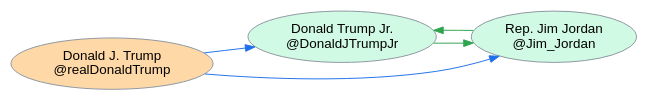
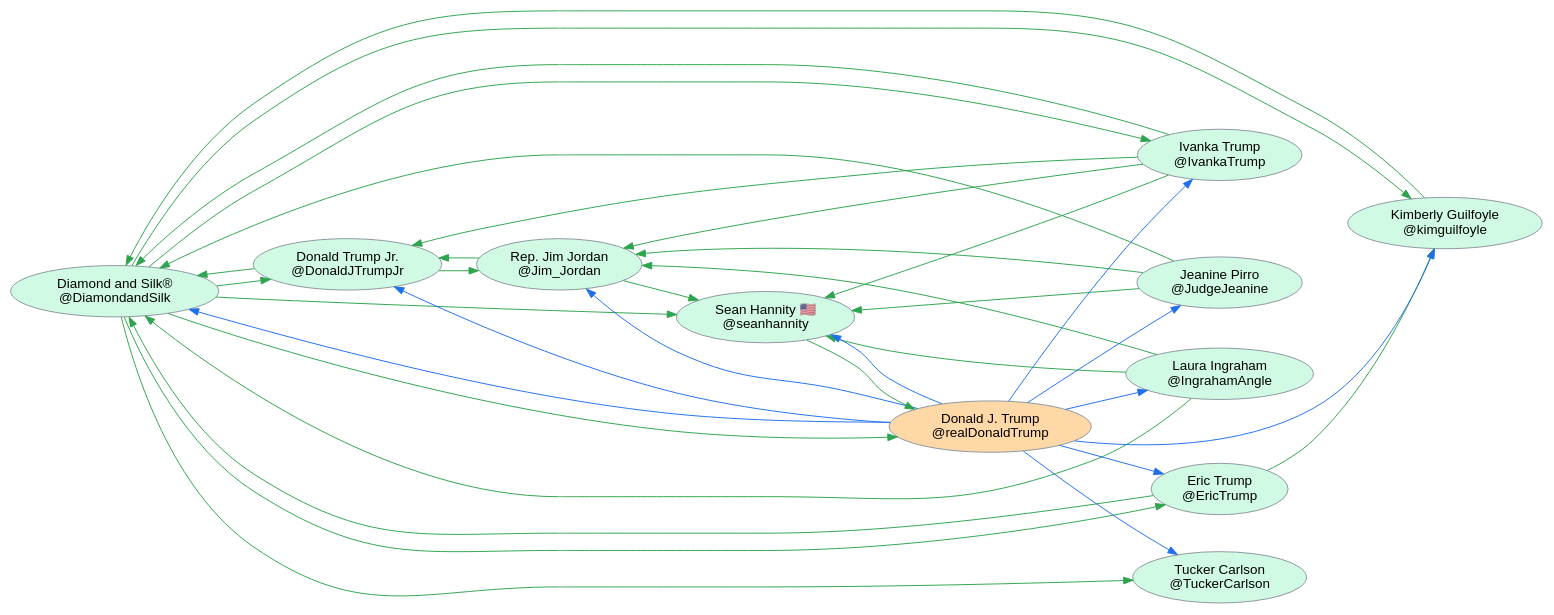
The diagram in xpoz/network_map_output2/realDonaldTrump_follow_network.dot (Nibroc6/Media-and-MisDisinformation-Group-Project), drawn with Graphviz before and after one commit. The commit also changed 5 other files, not shown here.

```diff
--- a/xpoz/network_map_output2/realDonaldTrump_follow_network.dot
+++ b/xpoz/network_map_output2/realDonaldTrump_follow_network.dot
@@ -1,13 +1,52 @@
 digraph follow_network {
   rankdir=LR;
   graph [fontname="Helvetica"];
   node [shape=ellipse, style=filled, fillcolor="#f6f8fa", color="#8c959f", fontname="Helvetica"];
   edge [color="#57606a", fontname="Helvetica"];
+  "DiamondandSilk" [label="Diamond and Silk®\n@DiamondandSilk", fillcolor="#d1fae5"];
   "DonaldJTrumpJr" [label="Donald Trump Jr.\n@DonaldJTrumpJr", fillcolor="#d1fae5"];
+  "EricTrump" [label="Eric Trump\n@EricTrump", fillcolor="#d1fae5"];
+  "IngrahamAngle" [label="Laura Ingraham\n@IngrahamAngle", fillcolor="#d1fae5"];
+  "IvankaTrump" [label="Ivanka Trump\n@IvankaTrump", fillcolor="#d1fae5"];
   "Jim_Jordan" [label="Rep. Jim Jordan\n@Jim_Jordan", fillcolor="#d1fae5"];
+  "JudgeJeanine" [label="Jeanine Pirro\n@JudgeJeanine", fillcolor="#d1fae5"];
+  "TuckerCarlson" [label="Tucker Carlson\n@TuckerCarlson", fillcolor="#d1fae5"];
+  "kimguilfoyle" [label="Kimberly Guilfoyle\n@kimguilfoyle", fillcolor="#d1fae5"];
   "realDonaldTrump" [label="Donald J. Trump\n@realDonaldTrump", fillcolor="#ffd8a8"];
+  "seanhannity" [label="Sean Hannity 🇺🇸\n@seanhannity", fillcolor="#d1fae5"];
   "realDonaldTrump" -> "DonaldJTrumpJr" [color="#1f6feb"];
   "realDonaldTrump" -> "Jim_Jordan" [color="#1f6feb"];
+  "realDonaldTrump" -> "DiamondandSilk" [color="#1f6feb"];
+  "realDonaldTrump" -> "seanhannity" [color="#1f6feb"];
+  "realDonaldTrump" -> "IvankaTrump" [color="#1f6feb"];
+  "realDonaldTrump" -> "TuckerCarlson" [color="#1f6feb"];
+  "realDonaldTrump" -> "IngrahamAngle" [color="#1f6feb"];
+  "realDonaldTrump" -> "JudgeJeanine" [color="#1f6feb"];
+  "realDonaldTrump" -> "kimguilfoyle" [color="#1f6feb"];
+  "realDonaldTrump" -> "EricTrump" [color="#1f6feb"];
   "DonaldJTrumpJr" -> "Jim_Jordan" [color="#2da44e"];
+  "DonaldJTrumpJr" -> "DiamondandSilk" [color="#2da44e"];
+  "IvankaTrump" -> "DonaldJTrumpJr" [color="#2da44e"];
+  "IvankaTrump" -> "Jim_Jordan" [color="#2da44e"];
+  "IvankaTrump" -> "DiamondandSilk" [color="#2da44e"];
+  "IvankaTrump" -> "seanhannity" [color="#2da44e"];
+  "seanhannity" -> "realDonaldTrump" [color="#2da44e"];
   "Jim_Jordan" -> "DonaldJTrumpJr" [color="#2da44e"];
+  "Jim_Jordan" -> "seanhannity" [color="#2da44e"];
+  "EricTrump" -> "DiamondandSilk" [color="#2da44e"];
+  "EricTrump" -> "kimguilfoyle" [color="#2da44e"];
+  "IngrahamAngle" -> "Jim_Jordan" [color="#2da44e"];
+  "IngrahamAngle" -> "DiamondandSilk" [color="#2da44e"];
+  "IngrahamAngle" -> "seanhannity" [color="#2da44e"];
+  "JudgeJeanine" -> "Jim_Jordan" [color="#2da44e"];
+  "JudgeJeanine" -> "DiamondandSilk" [color="#2da44e"];
+  "JudgeJeanine" -> "seanhannity" [color="#2da44e"];
+  "DiamondandSilk" -> "kimguilfoyle" [color="#2da44e"];
+  "DiamondandSilk" -> "seanhannity" [color="#2da44e"];
+  "DiamondandSilk" -> "TuckerCarlson" [color="#2da44e"];
+  "DiamondandSilk" -> "IvankaTrump" [color="#2da44e"];
+  "DiamondandSilk" -> "EricTrump" [color="#2da44e"];
+  "DiamondandSilk" -> "realDonaldTrump" [color="#2da44e"];
+  "DiamondandSilk" -> "DonaldJTrumpJr" [color="#2da44e"];
+  "kimguilfoyle" -> "DiamondandSilk" [color="#2da44e"];
 }
```
